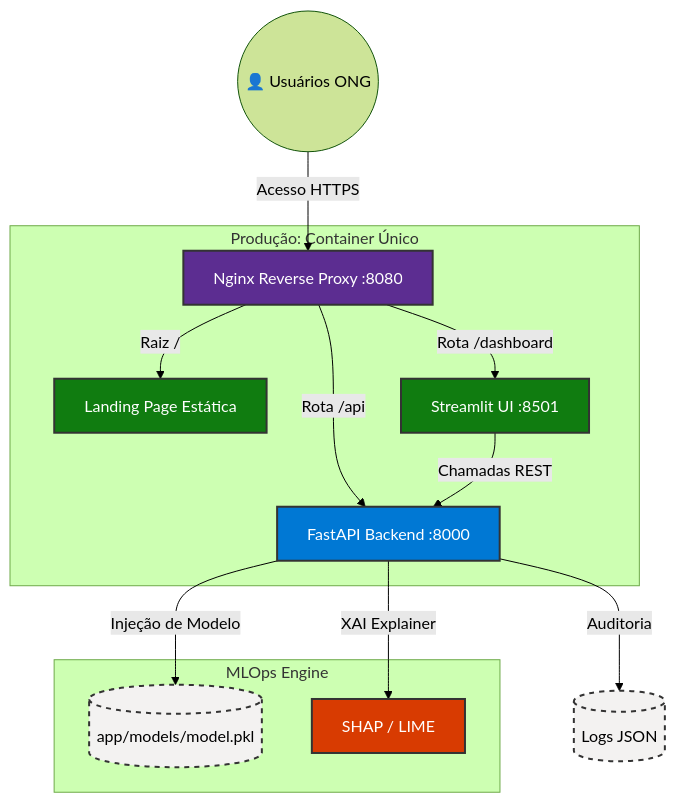
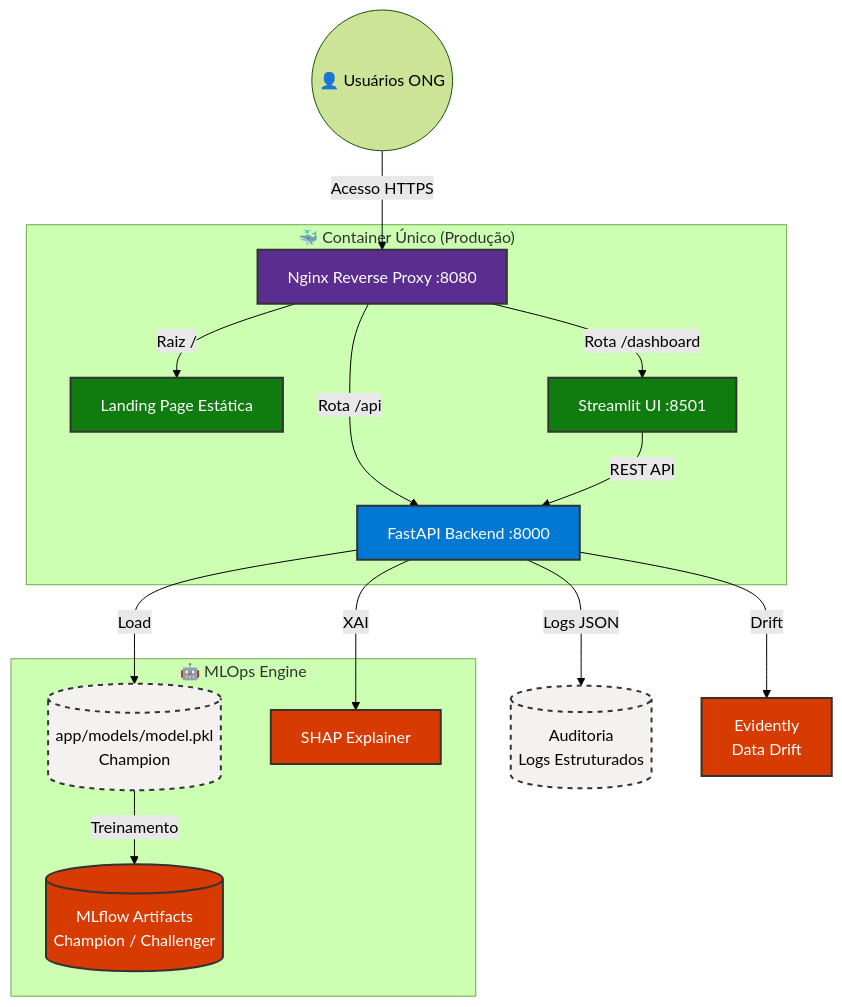
Before and after one commit to Fiap-Pos-tech-5MLET/fase-5: the first of 4 diagrams in README.md, drawn with Mermaid (forest theme). The commit also changed other lines of this file, not shown here.

Commit message:
docs: enhance architecture section in README with detailed stack and flow diagrams

````diff
--- a/README.md
+++ b/README.md
@@ -123,37 +143,39 @@
 ```mermaid
 flowchart TD
-    %% Acesso Externo com ícone e círculo menor
+    %% Acesso Externo
     User@{ shape: circle, label: "👤 Usuários ONG"} -->|Acesso HTTPS| Nginx[Nginx Reverse Proxy :8080]
     
-    %% Roteamento Nginx e Orquestração
-    subgraph Docker [Produção: Container Único]
+    %% Roteamento Nginx
+    subgraph Container ["🐳 Container Único (Produção)"]
         Nginx -->|Raiz /| Landing[Landing Page Estática]
         Nginx -->|Rota /api| FastAPI[FastAPI Backend :8000]
         Nginx -->|Rota /dashboard| Streamlit[Streamlit UI :8501]
     end
     
     %% Comunicação Interna 
-    Streamlit -->|Chamadas REST| FastAPI
+    Streamlit -->|REST API| FastAPI
     
     %% Motor MLOps e Persistência
-    subgraph MLOps [MLOps Engine]
-        FastAPI -->|Injeção de Modelo| ModelPKL[(app/models/model.pkl)]
-        FastAPI -->|XAI Explainer| SHAP[SHAP / LIME]
+    subgraph MLOps ["🤖 MLOps Engine"]
+        FastAPI -->|Load| ModelPKL[(app/models/model.pkl<br/>Champion)]
+        FastAPI -->|XAI| SHAP[SHAP Explainer]
+        ModelPKL -->|Treinamento| MLflow[(MLflow Artifacts<br/>Champion / Challenger)]
     end
     
-    %% Saídas e Monitoramento
-    FastAPI -->|Auditoria| JSONLogs[(Logs JSON)]
+    %% Monitoring e Logs
+    FastAPI -->|Logs JSON| JSONLogs[(Auditoria<br/>Logs Estruturados)]
+    FastAPI -->|Drift| Evidently[Evidently<br/>Data Drift]
     
-    %% Estilização de Cores e Contrastes
+    %% Estilização
     classDef proxy fill:#5c2d91,stroke:#333,stroke-width:2px,color:#fff;
     classDef api fill:#0078d4,stroke:#333,stroke-width:2px,color:#fff;
     classDef ui fill:#107c10,stroke:#333,stroke-width:2px,color:#fff;
     classDef ops fill:#d83b01,stroke:#333,stroke-width:2px,color:#fff;
     classDef db fill:#f3f2f1,stroke:#333,stroke-width:2px,stroke-dasharray: 5 5;
     
     class Nginx proxy;
     class FastAPI api;
     class Streamlit,Landing ui;
-    class SHAP ops;
+    class SHAP,MLflow,Evidently ops;
     class ModelPKL,JSONLogs db;
 ```
````
